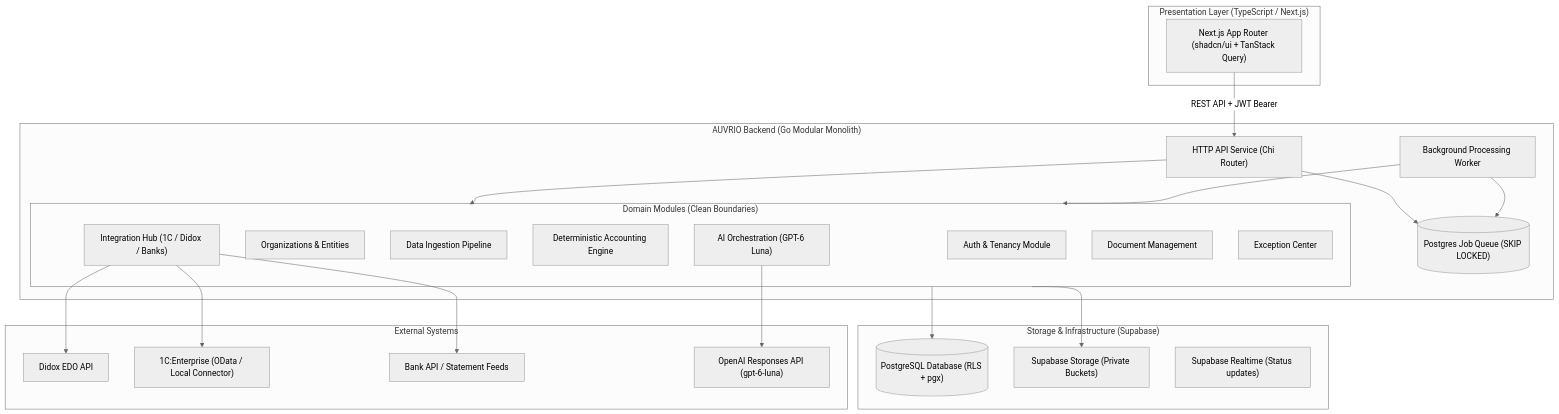
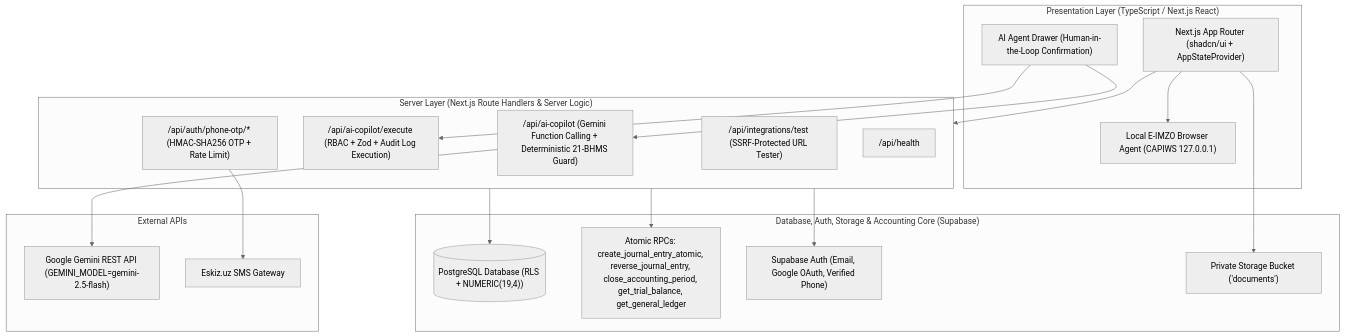
The diagram in docs/architecture/ARCHITECTURE.md (asror-vip/FIRMUS), drawn with Mermaid (neutral theme) before and after one commit. The commit also changed other lines of this file and 17 other files, not shown here.

Commit message:
feat(ai): strict 21-BHMS Gemini AI Agent with Human-in-the-Loop execution, audit logs & updated Next.js roadmap

````diff
--- a/docs/architecture/ARCHITECTURE.md
+++ b/docs/architecture/ARCHITECTURE.md
@@ -7,48 +7,39 @@
 ```mermaid
 flowchart TD
-    subgraph Client["Presentation Layer (TypeScript / Next.js)"]
-        WEB["Next.js App Router (shadcn/ui + TanStack Query)"]
+    subgraph Client["Presentation Layer (TypeScript / Next.js React)"]
+        WEB["Next.js App Router (shadcn/ui + AppStateProvider)"]
+        EIMZO["Local E-IMZO Browser Agent (CAPIWS 127.0.0.1)"]
+        DRAWER["AI Agent Drawer (Human-in-the-Loop Confirmation)"]
     end
 
-    subgraph CoreBackend["AUVRIO Backend (Go Modular Monolith)"]
-        API["HTTP API Service (Chi Router)"]
-        WORKER["Background Processing Worker"]
-        QUEUE[("Postgres Job Queue (SKIP LOCKED)")]
-        
-        subgraph Modules["Domain Modules (Clean Boundaries)"]
-            AUTH["Auth & Tenancy Module"]
-            ORG["Organizations & Entities"]
-            INGEST["Data Ingestion Pipeline"]
-            ACC["Deterministic Accounting Engine"]
-            INTEG["Integration Hub (1C / Didox / Banks)"]
-            AI["AI Orchestration (GPT-6 Luna)"]
-            DOC["Document Management"]
-            EXC["Exception Center"]
-        end
+    subgraph NextServer["Server Layer (Next.js Route Handlers & Server Logic)"]
+        AI_ORCH["/api/ai-copilot (Gemini Function Calling + Deterministic 21-BHMS Guard)"]
+        AI_EXEC["/api/ai-copilot/execute (RBAC + Zod + Audit Log Execution)"]
+        OTP_API["/api/auth/phone-otp/* (HMAC-SHA256 OTP + Rate Limit)"]
+        INTEG_API["/api/integrations/test (SSRF-Protected URL Tester)"]
+        HEALTH["/api/health"]
     end
 
-    subgraph DataLayer["Storage & Infrastructure (Supabase)"]
-        DB[("PostgreSQL Database (RLS + pgx)")]
-        S3["Supabase Storage (Private Buckets)"]
-        REALTIME["Supabase Realtime (Status updates)"]
+    subgraph DataLayer["Database, Auth, Storage & Accounting Core (Supabase)"]
+        DB[("PostgreSQL Database (RLS + NUMERIC(19,4))")]
+        RPCS["Atomic RPCs: create_journal_entry_atomic, reverse_journal_entry, close_accounting_period, get_trial_balance, get_general_ledger"]
+        AUTH["Supabase Auth (Email, Google OAuth, Verified Phone)"]
+        S3["Private Storage Bucket ('documents')"]
     end
 
-    subgraph External["External Systems"]
-        DIDOX["Didox EDO API"]
-        ONEC["1C:Enterprise (OData / Local Connector)"]
-        BANKS["Bank API / Statement Feeds"]
-        OPENAI["OpenAI Responses API (gpt-6-luna)"]
+    subgraph External["External APIs"]
+        GEMINI["Google Gemini REST API (GEMINI_MODEL=gemini-2.5-flash)"]
+        ESKIZ["Eskiz.uz SMS Gateway"]
     end
 
-    WEB -->|REST API + JWT Bearer| API
-    API --> Modules
-    WORKER --> Modules
-    API --> QUEUE
-    WORKER --> QUEUE
-    Modules --> DB
-    Modules --> S3
-    INTEG --> DIDOX
-    INTEG --> ONEC
-    INTEG --> BANKS
-    AI --> OPENAI
+    WEB --> NextServer
+    WEB --> EIMZO
+    DRAWER --> AI_ORCH
+    DRAWER --> AI_EXEC
+    NextServer --> DB
+    NextServer --> RPCS
+    NextServer --> AUTH
+    WEB --> S3
+    AI_ORCH --> GEMINI
+    OTP_API --> ESKIZ
 ```
````
